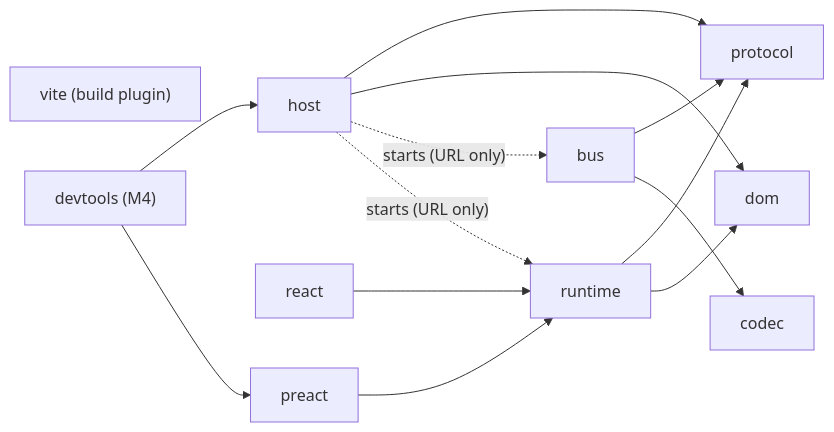
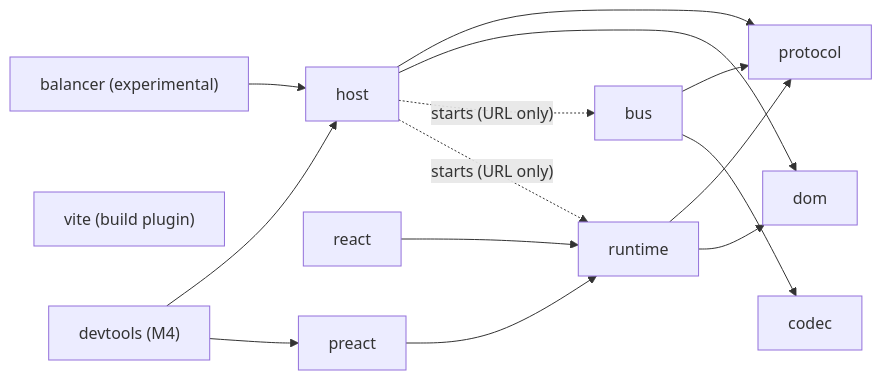
One commit to isoloop/isoloop changed the second of 8 diagrams in docs/design/system-design.md. Above: the diagram before and after it, drawn with Mermaid. The commit also changed other lines of this file and 5 other files, not shown here.

````diff
--- a/docs/design/system-design.md
+++ b/docs/design/system-design.md
@@ -59,18 +59,19 @@
 ```mermaid
 flowchart LR
   protocol
   dom
   bus --> protocol
   bus --> codec
   host --> protocol
   host --> dom
   runtime --> protocol
   runtime --> dom
   react --> runtime
   preact --> runtime
+  balancer["balancer (experimental)"] --> host
   vite["vite (build plugin)"]
   devtools["devtools (M4)"] --> host
   devtools --> preact
   host -. "starts (URL only)" .-> bus
   host -. "starts (URL only)" .-> runtime
 ```
````
